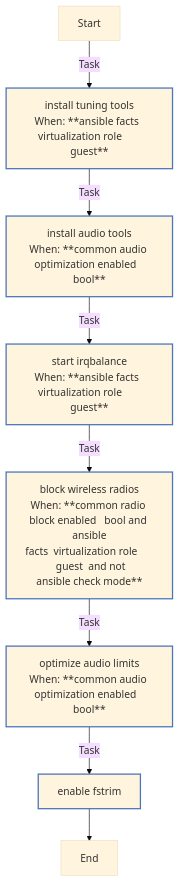
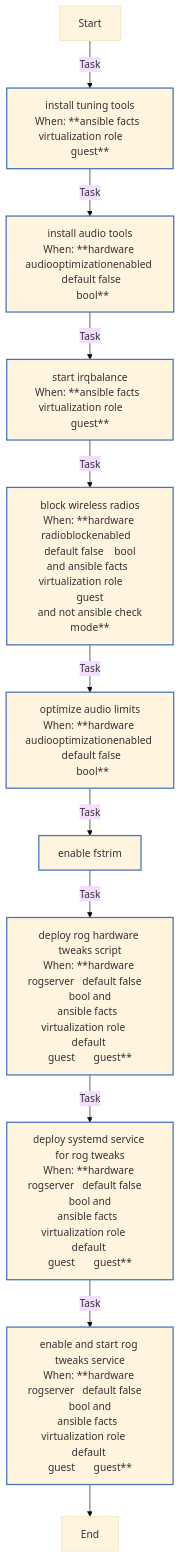
One commit to rou-cru/k3s-homelab changed the third of 8 diagrams in roles/common/README.md. Above: the diagram before and after it, drawn with Mermaid (base theme). The commit also changed other lines of this file and 277 other files, not shown here.

````diff
--- a/roles/common/README.md
+++ b/roles/common/README.md
@@ -575,20 +416,23 @@
 ```mermaid
 flowchart TD
 Start
 classDef block stroke:#3498db,stroke-width:2px;
 classDef task stroke:#4b76bb,stroke-width:2px;
 classDef includeTasks stroke:#16a085,stroke-width:2px;
 classDef importTasks stroke:#34495e,stroke-width:2px;
 classDef includeRole stroke:#2980b9,stroke-width:2px;
 classDef importRole stroke:#699ba7,stroke-width:2px;
 classDef includeVars stroke:#8e44ad,stroke-width:2px;
 classDef rescue stroke:#665352,stroke-width:2px;
 
   Start-->|Task| Install_tuning_tools0[install tuning tools<br>When: **ansible facts  virtualization role       guest**]:::task
-  Install_tuning_tools0-->|Task| Install_audio_tools1[install audio tools<br>When: **common audio optimization enabled   bool**]:::task
+  Install_tuning_tools0-->|Task| Install_audio_tools1[install audio tools<br>When: **hardware audiooptimizationenabled   default false <br>  bool**]:::task
   Install_audio_tools1-->|Task| Start_irqbalance2[start irqbalance<br>When: **ansible facts  virtualization role       guest**]:::task
-  Start_irqbalance2-->|Task| Block_wireless_radios3[block wireless radios<br>When: **common radio block enabled   bool and ansible<br>facts  virtualization role       guest  and not<br>ansible check mode**]:::task
-  Block_wireless_radios3-->|Task| Optimize_audio_limits4[optimize audio limits<br>When: **common audio optimization enabled   bool**]:::task
+  Start_irqbalance2-->|Task| Block_wireless_radios3[block wireless radios<br>When: **hardware radioblockenabled   default false    bool<br>and ansible facts  virtualization role       guest<br> and not ansible check mode**]:::task
+  Block_wireless_radios3-->|Task| Optimize_audio_limits4[optimize audio limits<br>When: **hardware audiooptimizationenabled   default false <br>  bool**]:::task
   Optimize_audio_limits4-->|Task| Enable_fstrim5[enable fstrim]:::task
-  Enable_fstrim5-->End
+  Enable_fstrim5-->|Task| Deploy_RoG_Hardware_Tweaks_Script6[deploy rog hardware tweaks script<br>When: **hardware rogserver   default false    bool and<br>ansible facts  virtualization role     default <br>guest       guest**]:::task
+  Deploy_RoG_Hardware_Tweaks_Script6-->|Task| Deploy_systemd_service_for_RoG_Tweaks7[deploy systemd service for rog tweaks<br>When: **hardware rogserver   default false    bool and<br>ansible facts  virtualization role     default <br>guest       guest**]:::task
+  Deploy_systemd_service_for_RoG_Tweaks7-->|Task| Enable_and_start_RoG_Tweaks_service8[enable and start rog tweaks service<br>When: **hardware rogserver   default false    bool and<br>ansible facts  virtualization role     default <br>guest       guest**]:::task
+  Enable_and_start_RoG_Tweaks_service8-->End
 ```
````
